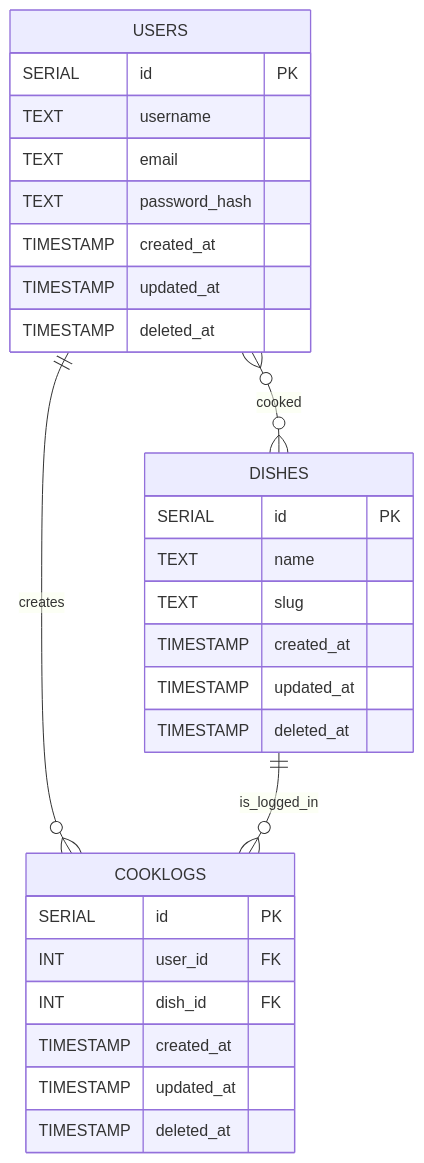
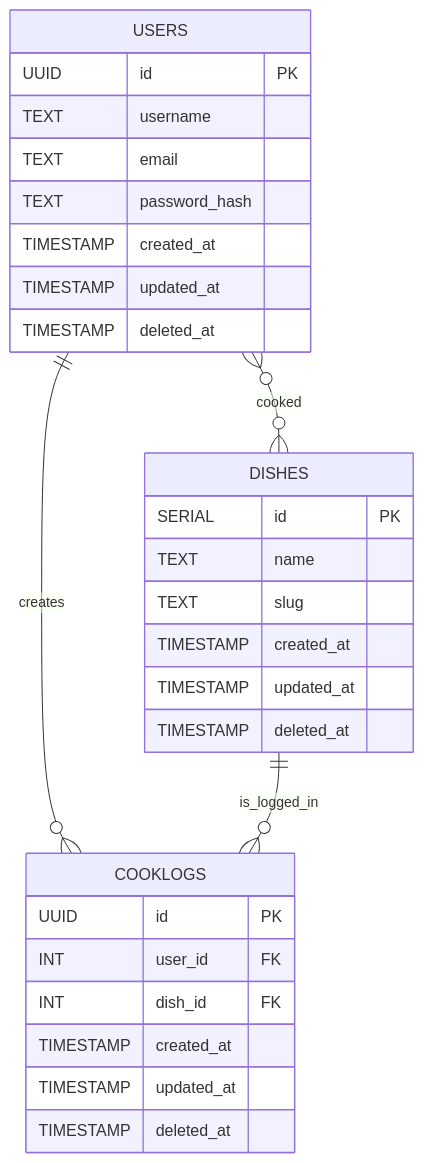
The diagram in docs/architecture/data-model.md (manav-gkmit/kya-saabzi-docs), drawn with Mermaid before and after one commit. The commit also changed other lines of this file and 7 other files, not shown here.

Commit message:
docs: Add aws architecture

````diff
--- a/docs/architecture/data-model.md
+++ b/docs/architecture/data-model.md
@@ -7,34 +7,34 @@
 ```mermaid
 erDiagram
     USERS {
-        SERIAL id PK
+        UUID id PK
         TEXT username
         TEXT email
         TEXT password_hash
         TIMESTAMP created_at
         TIMESTAMP updated_at
         TIMESTAMP deleted_at
     }
 
     DISHES {
         SERIAL id PK
         TEXT name
         TEXT slug
         TIMESTAMP created_at
         TIMESTAMP updated_at
         TIMESTAMP deleted_at
     }
 
     COOKLOGS {
-        SERIAL id PK
+        UUID id PK
         INT user_id FK
         INT dish_id FK
         TIMESTAMP created_at
         TIMESTAMP updated_at
         TIMESTAMP deleted_at
     }
 
     USERS ||--o{ COOKLOGS : creates
     DISHES ||--o{ COOKLOGS : is_logged_in
     USERS }o--o{ DISHES : cooked
 ```
````
